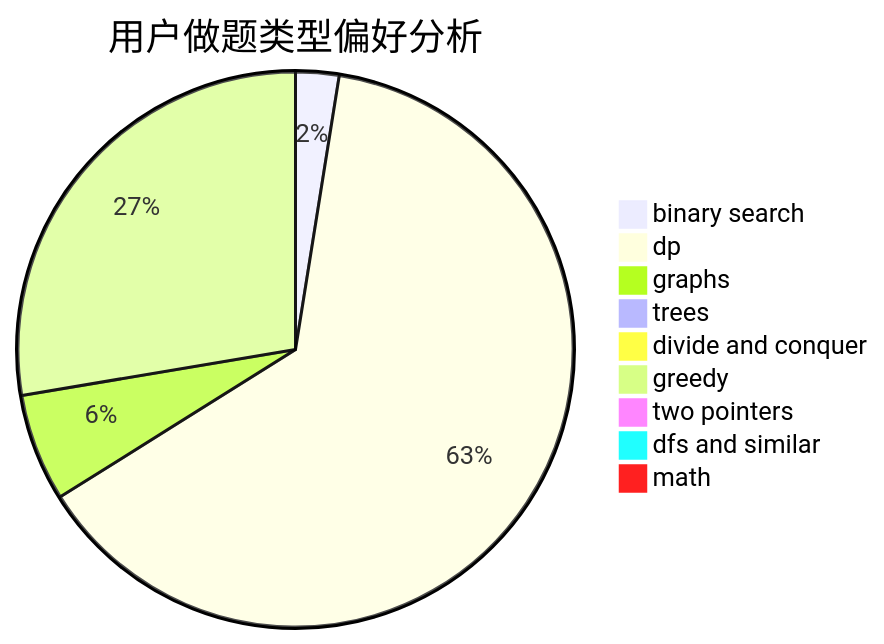
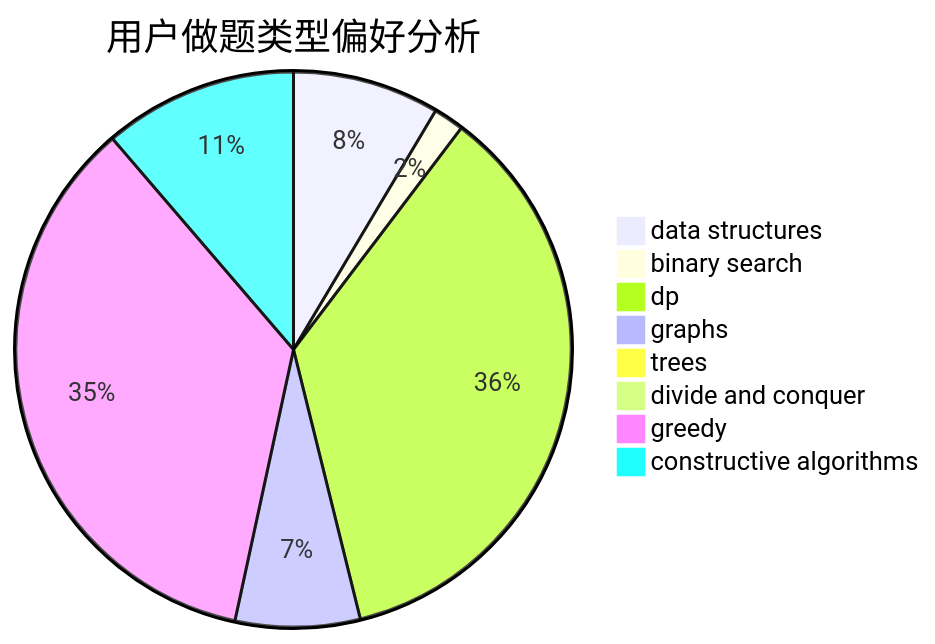
The second of 3 diagrams in docs/user/u1023.md (sherpahu/cfrs.github.io), drawn with Mermaid before and after one commit. The commit also changed other lines of this file and 2775 other files, not shown here.

````diff
--- a/docs/user/u1023.md
+++ b/docs/user/u1023.md
@@ -23,12 +23,11 @@
 ```mermaid
 pie title 用户做题类型偏好分析
-    "binary search" :  25
-    "dp" :  630
-    "graphs" :  62
-    "trees" :  5
+    "data structures" :  53
+    "binary search" :  11
+    "dp" :  222
+    "graphs" :  45
+    "trees" :  4
     "divide and conquer" :  0
-    "greedy" :  274
-    "two pointers" :  5
-    "dfs and similar" :  1
-    "math" :  1
+    "greedy" :  219
+    "constructive algorithms" :  70
 ```
````
